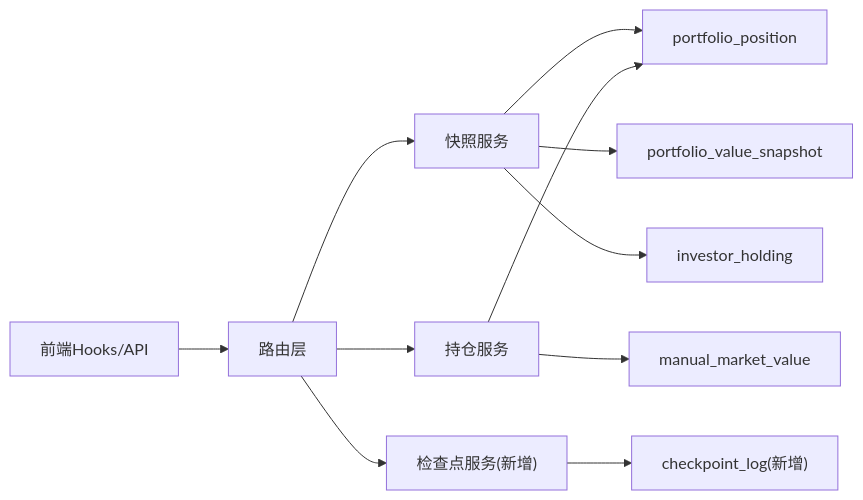
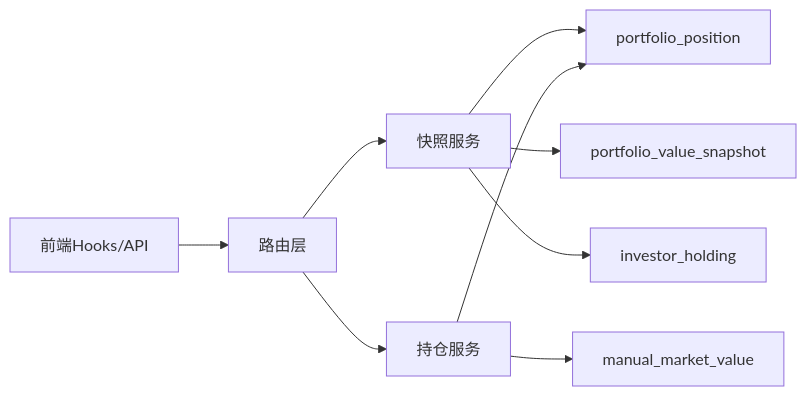
One commit to gujialind/InvestRing changed the sixth of 6 diagrams in .qoder/repowiki/zh/content/后端API文档/快照系统API.md. Above: the diagram before and after it, drawn with Mermaid. The commit also changed other lines of this file and 65 other files, not shown here.

````diff
--- a/.qoder/repowiki/zh/content/后端API文档/快照系统API.md
+++ b/.qoder/repowiki/zh/content/后端API文档/快照系统API.md
@@ -408,13 +317,11 @@
 ```mermaid
 graph LR
 FE["前端Hooks/API"] --> RT["路由层"]
 RT --> SV["快照服务"]
 RT --> PS["持仓服务"]
-RT --> CP["检查点服务(新增)"]
 SV --> MD1["portfolio_position"]
 SV --> MD2["portfolio_value_snapshot"]
 SV --> MD3["investor_holding"]
 PS --> MD1
 PS --> MD4["manual_market_value"]
-CP --> MD5["checkpoint_log(新增)"]
 ```
````
